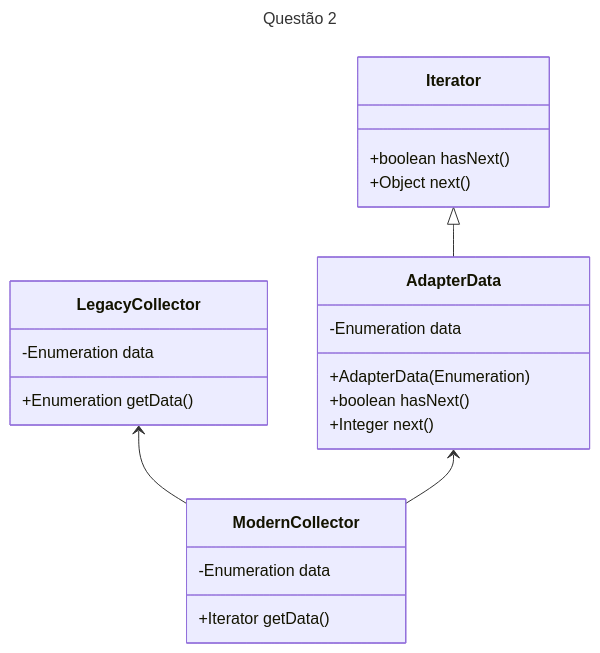
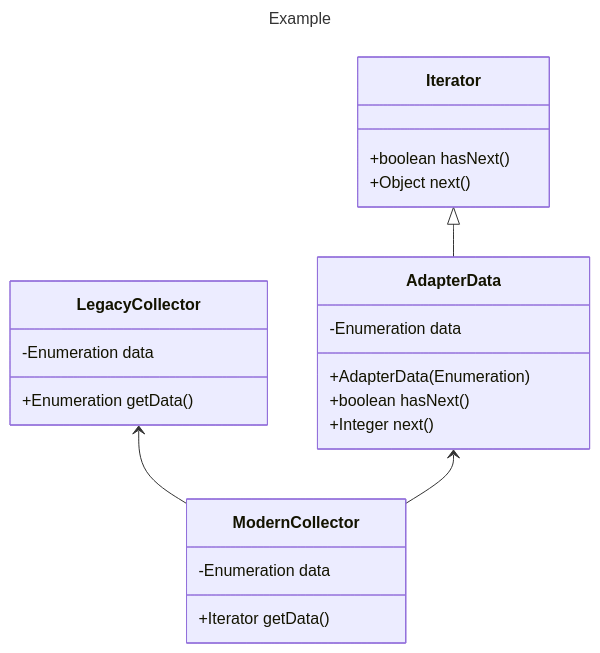
Before and after one commit to masterkey-07/Obsidian-Knowlodge: the diagram in Computer Science/Software/Programs/Application/Obsidian/Mermaid Class Diagram.md, drawn with Mermaid. The commit also changed 140 other files, not shown here.

````diff
--- a/Computer Science/Software/Programs/Application/Obsidian/Mermaid Class Diagram.md
+++ b/Computer Science/Software/Programs/Application/Obsidian/Mermaid Class Diagram.md
@@ -2,28 +2,28 @@
 ```mermaid
 ---
-title: Questão 2
+title: Example
 ---
 classDiagram
     LegacyCollector <-- ModernCollector
     AdapterData <-- ModernCollector
     Iterator <|-- AdapterData
     class LegacyCollector{
         +Enumeration getData() 
         -Enumeration data
     }
     class ModernCollector{
         +Iterator getData() 
         -Enumeration data
     }
     class AdapterData{
         -Enumeration data
         +AdapterData(Enumeration)
         +boolean hasNext()
         +Integer next()
     }
 	
 	class Iterator{
         +boolean hasNext()
         +Object next()
     }
 ```
````
